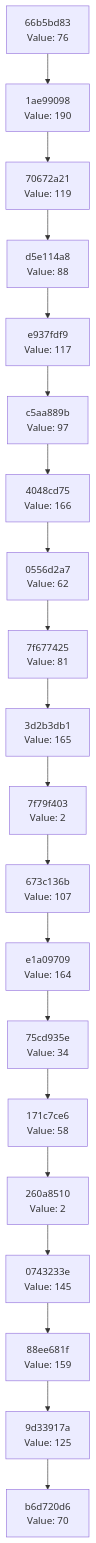
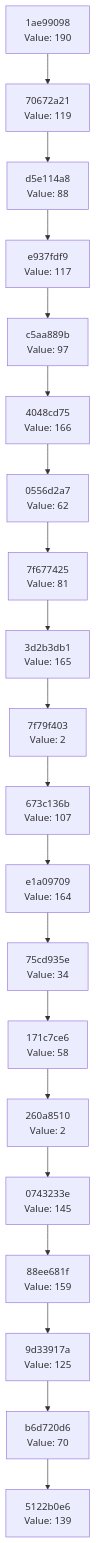
One commit to Abhisheksinha1506/hash-chain-evolver changed the diagram in docs/CHAIN_VISUALIZATION.md. Above: the diagram before and after it, drawn with Mermaid. The commit also changed 2 other files, not shown here.

Commit message:
Evolution step: hash 0x8B → action executed

````diff
--- a/docs/CHAIN_VISUALIZATION.md
+++ b/docs/CHAIN_VISUALIZATION.md
@@ -3,42 +3,42 @@
 ```mermaid
 graph TD
-    C0["b6d720d6<br/>Value: 70"]
-    C1["9d33917a<br/>Value: 125"]
+    C0["5122b0e6<br/>Value: 139"]
+    C1["b6d720d6<br/>Value: 70"]
     C1 --> C0
-    C2["88ee681f<br/>Value: 159"]
+    C2["9d33917a<br/>Value: 125"]
     C2 --> C1
-    C3["0743233e<br/>Value: 145"]
+    C3["88ee681f<br/>Value: 159"]
     C3 --> C2
-    C4["260a8510<br/>Value: 2"]
+    C4["0743233e<br/>Value: 145"]
     C4 --> C3
-    C5["171c7ce6<br/>Value: 58"]
+    C5["260a8510<br/>Value: 2"]
     C5 --> C4
-    C6["75cd935e<br/>Value: 34"]
+    C6["171c7ce6<br/>Value: 58"]
     C6 --> C5
-    C7["e1a09709<br/>Value: 164"]
+    C7["75cd935e<br/>Value: 34"]
     C7 --> C6
-    C8["673c136b<br/>Value: 107"]
+    C8["e1a09709<br/>Value: 164"]
     C8 --> C7
-    C9["7f79f403<br/>Value: 2"]
+    C9["673c136b<br/>Value: 107"]
     C9 --> C8
-    C10["3d2b3db1<br/>Value: 165"]
+    C10["7f79f403<br/>Value: 2"]
     C10 --> C9
-    C11["7f677425<br/>Value: 81"]
+    C11["3d2b3db1<br/>Value: 165"]
     C11 --> C10
-    C12["0556d2a7<br/>Value: 62"]
+    C12["7f677425<br/>Value: 81"]
     C12 --> C11
-    C13["4048cd75<br/>Value: 166"]
+    C13["0556d2a7<br/>Value: 62"]
     C13 --> C12
-    C14["c5aa889b<br/>Value: 97"]
+    C14["4048cd75<br/>Value: 166"]
     C14 --> C13
-    C15["e937fdf9<br/>Value: 117"]
+    C15["c5aa889b<br/>Value: 97"]
     C15 --> C14
-    C16["d5e114a8<br/>Value: 88"]
+    C16["e937fdf9<br/>Value: 117"]
     C16 --> C15
-    C17["70672a21<br/>Value: 119"]
+    C17["d5e114a8<br/>Value: 88"]
     C17 --> C16
-    C18["1ae99098<br/>Value: 190"]
+    C18["70672a21<br/>Value: 119"]
     C18 --> C17
-    C19["66b5bd83<br/>Value: 76"]
+    C19["1ae99098<br/>Value: 190"]
     C19 --> C18
 ```
````
